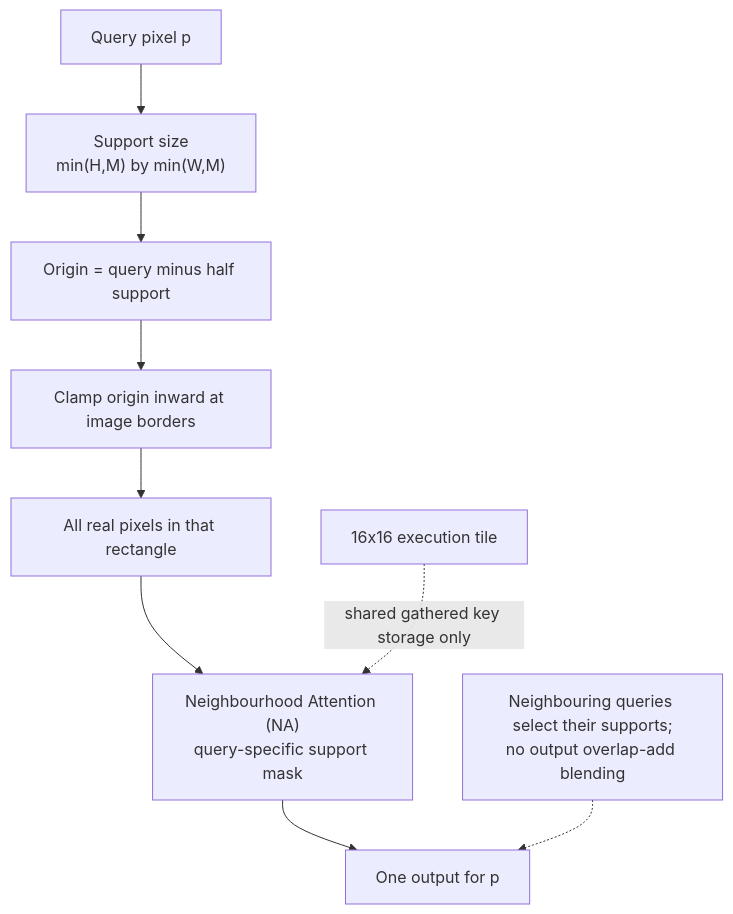
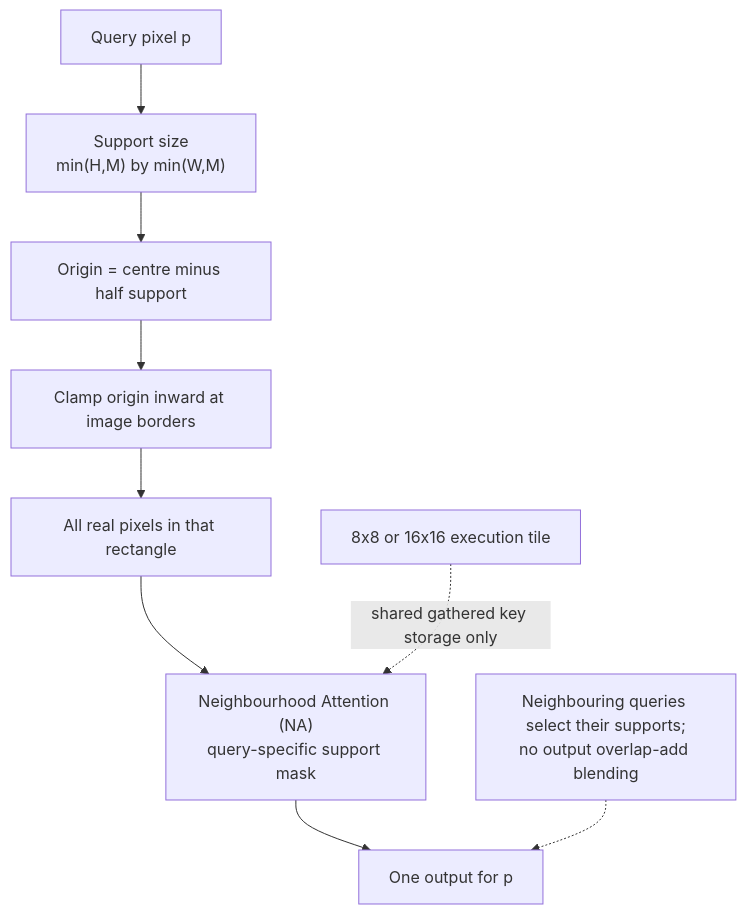
One commit to Rift73/DUAL changed the third of 6 diagrams in README.md. Above: the diagram before and after it, drawn with Mermaid. The commit also changed other lines of this file and 1 other file, not shown here.

Commit message:
Restructure the technical report around one Neighbourhood Attention support rule

````diff
--- a/README.md
+++ b/README.md
@@ -97,11 +107,11 @@
 ```mermaid
 flowchart TB
   Q["Query pixel p"] --> SIZE["Support size<br/>min(H,M) by min(W,M)"]
-  SIZE --> ORIGIN["Origin = query minus half support"]
+  SIZE --> ORIGIN["Origin = centre minus half support"]
   ORIGIN --> CLAMP["Clamp origin inward at image borders"]
   CLAMP --> RECT["All real pixels in that rectangle"]
   RECT --> ATTN["Neighbourhood Attention (NA)<br/>query-specific support mask"]
   ATTN --> OUT["One output for p"]
-  TILE["16x16 execution tile"] -. "shared gathered key storage only" .-> ATTN
+  TILE["8x8 or 16x16 execution tile"] -. "shared gathered key storage only" .-> ATTN
   NOTE["Neighbouring queries select their supports;<br/>no output overlap-add blending"] -.-> OUT
 ```
````
